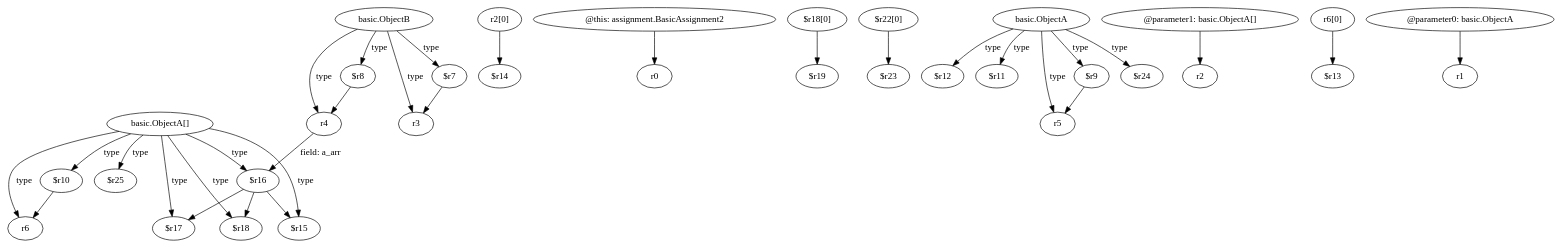
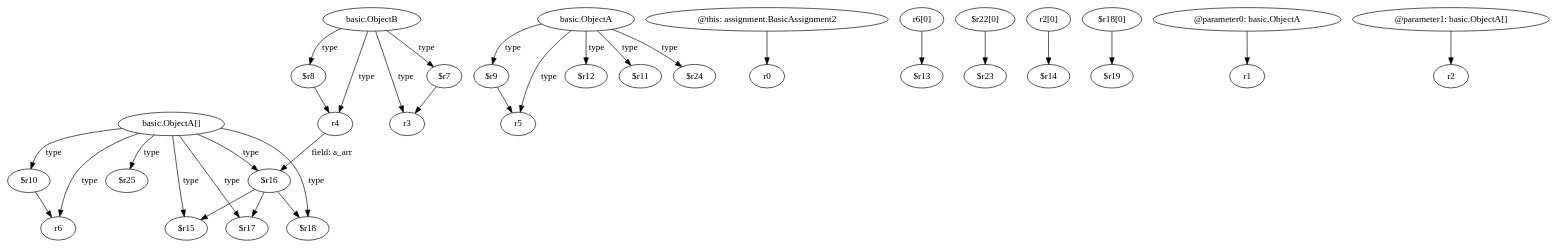
The diagram in relation2/<assignment.BasicAssignment2: void methodInvocation(basic.ObjectA,basic.ObjectA[])>.dot (SeanCoek/zString), drawn with Graphviz before and after one commit. The commit also changed 4443 other files, not shown here.

```diff
--- a/relation2/<assignment.BasicAssignment2: void methodInvocation(basic.ObjectA,basic.ObjectA[])>.dot
+++ b/relation2/<assignment.BasicAssignment2: void methodInvocation(basic.ObjectA,basic.ObjectA[])>.dot
@@ -1,66 +1,66 @@
 digraph g {
-0[label="$r16"]
-1[label="$r17"]
+0[label="$r8"]
+1[label="r4"]
 0->1[label=""]
-2[label="r2[0]"]
-3[label="$r14"]
-2->3[label=""]
-4[label="basic.ObjectB"]
-5[label="r3"]
-4->5[label="type"]
-6[label="@this: assignment.BasicAssignment2"]
-7[label="r0"]
+2[label="basic.ObjectB"]
+3[label="$r7"]
+2->3[label="type"]
+4[label="$r16"]
+5[label="$r15"]
+4->5[label=""]
+6[label="$r9"]
+7[label="r5"]
 6->7[label=""]
-8[label="basic.ObjectA[]"]
-8->1[label="type"]
-9[label="$r18[0]"]
-10[label="$r19"]
+8[label="basic.ObjectA"]
+8->6[label="type"]
+9[label="@this: assignment.BasicAssignment2"]
+10[label="r0"]
 9->10[label=""]
-11[label="$r8"]
-12[label="r4"]
-11->12[label=""]
-13[label="$r22[0]"]
-14[label="$r23"]
-13->14[label=""]
-15[label="basic.ObjectA"]
-16[label="$r12"]
-15->16[label="type"]
-17[label="@parameter1: basic.ObjectA[]"]
-18[label="r2"]
+8->7[label="type"]
+11[label="r3"]
+2->11[label="type"]
+12[label="r6[0]"]
+13[label="$r13"]
+12->13[label=""]
+14[label="$r12"]
+8->14[label="type"]
+1->4[label="field: a_arr"]
+15[label="$r22[0]"]
+16[label="$r23"]
+15->16[label=""]
+17[label="$r10"]
+18[label="r6"]
 17->18[label=""]
-19[label="$r10"]
-8->19[label="type"]
-20[label="$r11"]
-15->20[label="type"]
-21[label="r6[0]"]
-22[label="$r13"]
+19[label="$r17"]
+4->19[label=""]
+20[label="basic.ObjectA[]"]
+20->17[label="type"]
+21[label="r2[0]"]
+22[label="$r14"]
 21->22[label=""]
-23[label="r5"]
-15->23[label="type"]
-4->12[label="type"]
-24[label="$r9"]
-15->24[label="type"]
-8->0[label="type"]
-25[label="$r7"]
-25->5[label=""]
-26[label="$r25"]
-8->26[label="type"]
-27[label="@parameter0: basic.ObjectA"]
-28[label="r1"]
-27->28[label=""]
-29[label="r6"]
-19->29[label=""]
-12->0[label="field: a_arr"]
-24->23[label=""]
-4->25[label="type"]
-30[label="$r24"]
-15->30[label="type"]
-4->11[label="type"]
-31[label="$r18"]
-0->31[label=""]
-32[label="$r15"]
-8->32[label="type"]
-8->29[label="type"]
-0->32[label=""]
+23[label="$r18[0]"]
+24[label="$r19"]
+23->24[label=""]
+3->11[label=""]
+20->4[label="type"]
+2->0[label="type"]
+25[label="$r18"]
+4->25[label=""]
+20->25[label="type"]
+26[label="@parameter0: basic.ObjectA"]
+27[label="r1"]
+26->27[label=""]
+20->19[label="type"]
+20->18[label="type"]
+28[label="@parameter1: basic.ObjectA[]"]
+29[label="r2"]
+28->29[label=""]
+2->1[label="type"]
+20->5[label="type"]
+30[label="$r11"]
+8->30[label="type"]
+31[label="$r24"]
 8->31[label="type"]
+32[label="$r25"]
+20->32[label="type"]
 }
```
